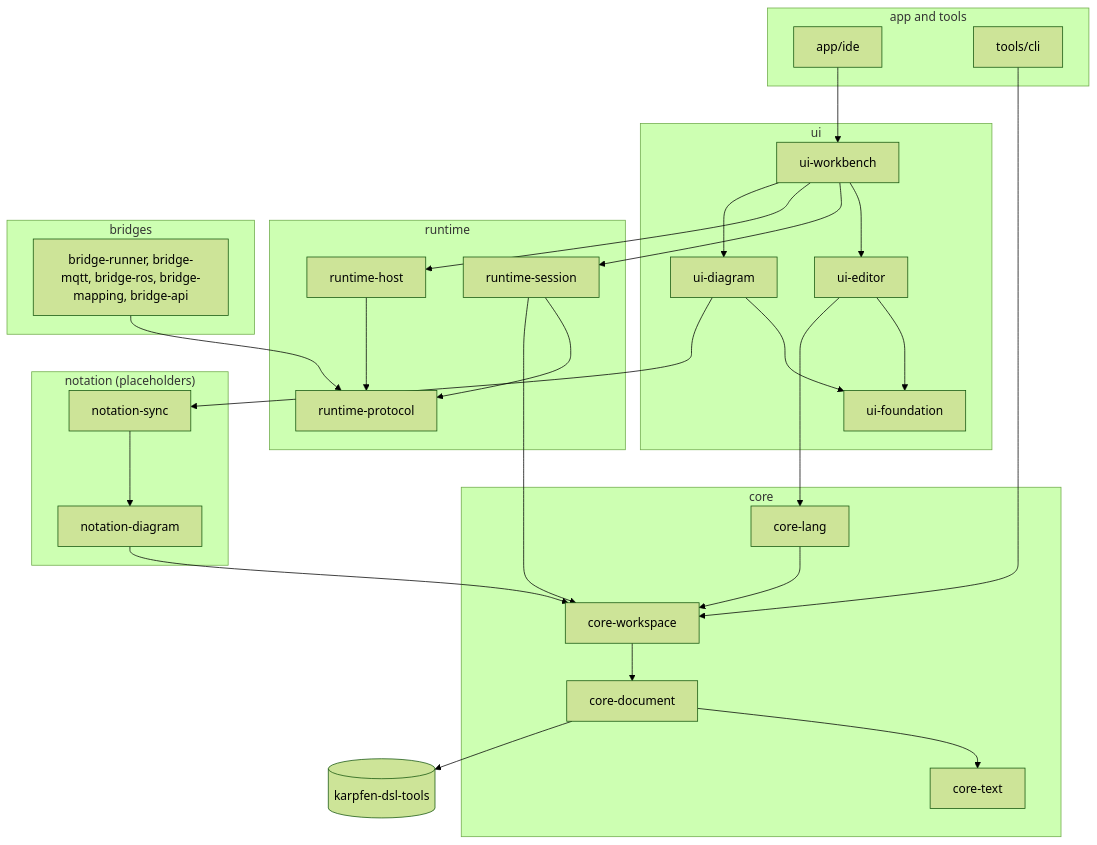
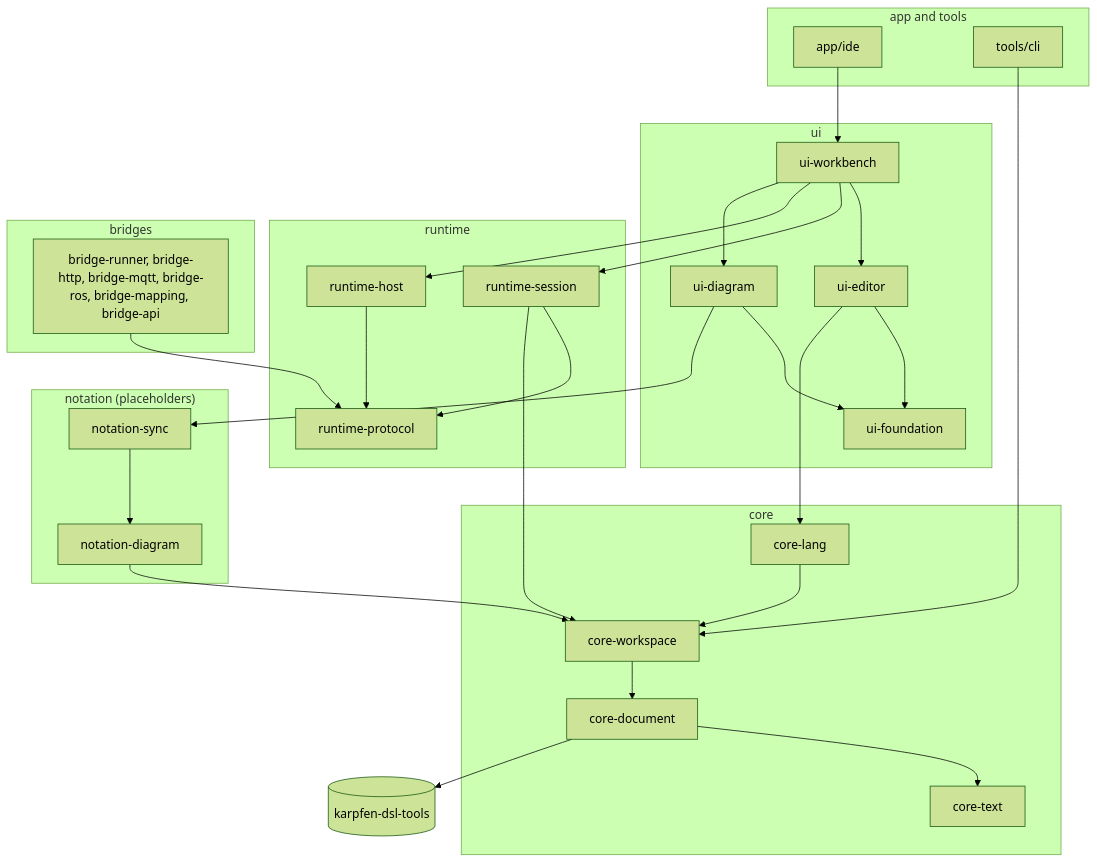
One commit to karpfenproject/karpfen-IDE changed the diagram in docs/archdoc.md. Above: the diagram before and after it, drawn with Mermaid (forest theme). The commit also changed other lines of this file and 15 other files, not shown here.

Commit message:
Add the HTTP bridge

````diff
--- a/docs/archdoc.md
+++ b/docs/archdoc.md
@@ -74,44 +74,44 @@
 ```mermaid
 flowchart TD
     subgraph appGroup ["app and tools"]
         ide["app/ide"]
         cli["tools/cli"]
     end
     subgraph uiGroup ["ui"]
         workbench["ui-workbench"]
         editor["ui-editor"]
         foundation["ui-foundation"]
         uidiagram["ui-diagram"]
     end
     subgraph runtimeGroup ["runtime"]
         session["runtime-session"]
         host["runtime-host"]
         protocol["runtime-protocol"]
     end
     subgraph notationGroup ["notation (placeholders)"]
         nsync["notation-sync"]
         ndiagram["notation-diagram"]
     end
     subgraph bridgesGroup ["bridges"]
-        bridges["bridge-runner, bridge-mqtt, bridge-ros, bridge-mapping, bridge-api"]
+        bridges["bridge-runner, bridge-http, bridge-mqtt, bridge-ros, bridge-mapping, bridge-api"]
     end
     subgraph coreGroup ["core"]
         lang["core-lang"]
         workspace["core-workspace"]
         document["core-document"]
         coretext["core-text"]
     end
     dsltools[("karpfen-dsl-tools")]
 
     ide --> workbench
     cli --> workspace
     workbench --> editor & session & host & uidiagram
     editor --> foundation & lang
     uidiagram --> foundation & nsync
     nsync --> ndiagram --> workspace
     session --> protocol & workspace
     host --> protocol
     bridges --> protocol
     lang --> workspace --> document
     document --> coretext & dsltools
 ```
````
